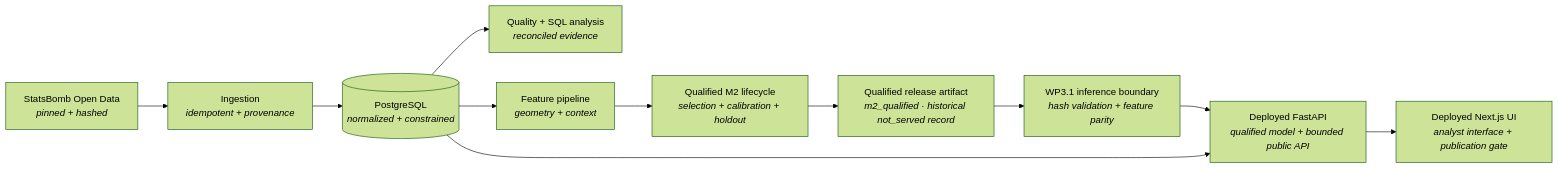
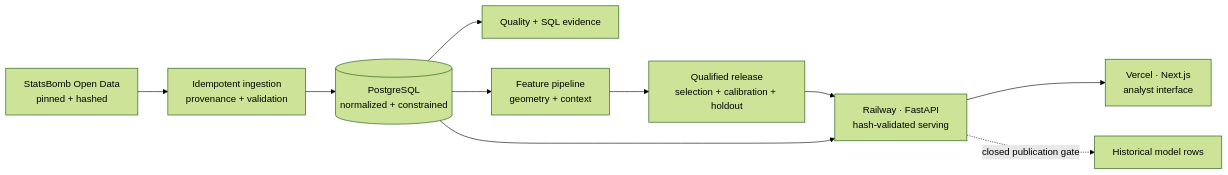
One commit to utkuvibing/touchline-intelligence changed the diagram in README.md. Above: the diagram before and after it, drawn with Mermaid (forest theme). The commit also changed other lines of this file and 1 other file, not shown here.

````diff
--- a/README.md
+++ b/README.md
@@ -150,15 +55,12 @@
 ```mermaid
 flowchart LR
-    SB["StatsBomb Open Data<br/><i>pinned + hashed</i>"] --> ING["Ingestion<br/><i>idempotent + provenance</i>"]
-    ING --> PG[("PostgreSQL<br/><i>normalized + constrained</i>")]
-
-    PG --> QA["Quality + SQL analysis<br/><i>reconciled evidence</i>"]
-    PG --> FEAT["Feature pipeline<br/><i>geometry + context</i>"]
-    FEAT --> LIFE["Qualified M2 lifecycle<br/><i>selection + calibration + holdout</i>"]
-    LIFE --> ART["Qualified release artifact<br/><i>m2_qualified · historical not_served record</i>"]
-
-    ART --> INF["WP3.1 inference boundary<br/><i>hash validation + feature parity</i>"]
-    INF --> API["Deployed FastAPI<br/><i>qualified model + bounded public API</i>"]
+    SB["StatsBomb Open Data<br/>pinned + hashed"] --> ING["Idempotent ingestion<br/>provenance + validation"]
+    ING --> PG[("PostgreSQL<br/>normalized + constrained")]
+    PG --> QA["Quality + SQL evidence"]
+    PG --> FEAT["Feature pipeline<br/>geometry + context"]
+    FEAT --> MODEL["Qualified release<br/>selection + calibration + holdout"]
+    MODEL --> API["Railway · FastAPI<br/>hash-validated serving"]
     PG --> API
-    API --> WEB["Deployed Next.js UI<br/><i>analyst interface + publication gate</i>"]
+    API --> WEB["Vercel · Next.js<br/>analyst interface"]
+    API -. "closed publication gate" .-> HIST["Historical model rows"]
 ```
````
